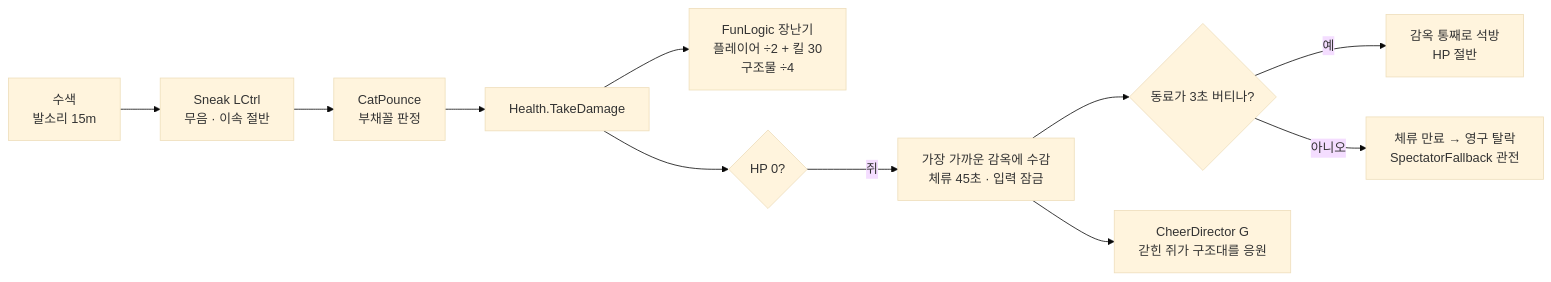
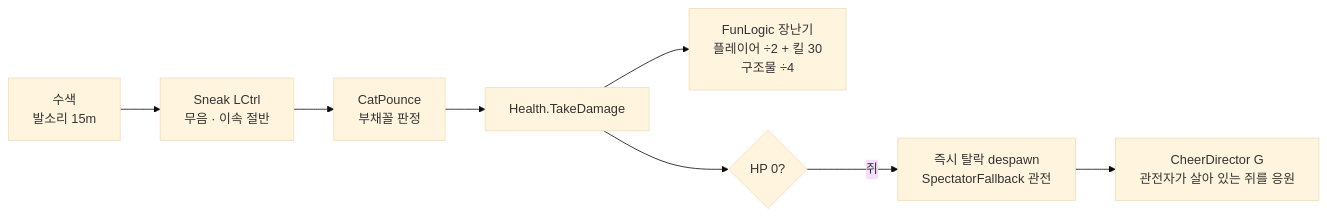
The third of 17 diagrams in CTC/docs/design-vault/코드 다이어그램.md (JeahanPark/The-Cheese-Thief-and-the-Cat), drawn with Mermaid (base theme) before and after one commit. The commit also changed other lines of this file and 75 other files, not shown here.

Commit message:
feat(match): 감옥 시스템 삭제 — 쥐는 잡히면 즉시 탈락(관전) · JailDirector/JailedTag/JailLogic/JailHud·맵 창살·CSV Jail* 6칸·봇 구출/간수·qa_v39 제거 · MatchFlowLogic.Evaluate(armed,cats,mice) · 따봉은 관전자만 · 문서(규칙 페이지·코드 다이어그램·핸드오프)

````diff
--- a/CTC/docs/design-vault/코드 다이어그램.md
+++ b/CTC/docs/design-vault/코드 다이어그램.md
@@ -48,13 +48,10 @@
 ```mermaid
 flowchart LR
     Hunt[수색<br/>발소리 15m] --> Sneak[Sneak LCtrl<br/>무음 · 이속 절반]
     Sneak --> Pounce[CatPounce<br/>부채꼴 판정]
     Pounce --> Dmg[Health.TakeDamage]
     Dmg --> Fun[FunLogic 장난기<br/>플레이어 ÷2 + 킬 30<br/>구조물 ÷4]
     Dmg --> Dead{HP 0?}
-    Dead -->|쥐| Jail[가장 가까운 감옥에 수감<br/>체류 45초 · 입력 잠금]
-    Jail --> Rescue{동료가 3초 버티나?}
-    Rescue -->|예| Free[감옥 통째로 석방<br/>HP 절반]
-    Rescue -->|아니오| Out[체류 만료 → 영구 탈락<br/>SpectatorFallback 관전]
-    Jail --> Cheer[CheerDirector G<br/>갇힌 쥐가 구조대를 응원]
+    Dead -->|쥐| Out[즉시 탈락 despawn<br/>SpectatorFallback 관전]
+    Out --> Cheer[CheerDirector G<br/>관전자가 살아 있는 쥐를 응원]
 ```
````
